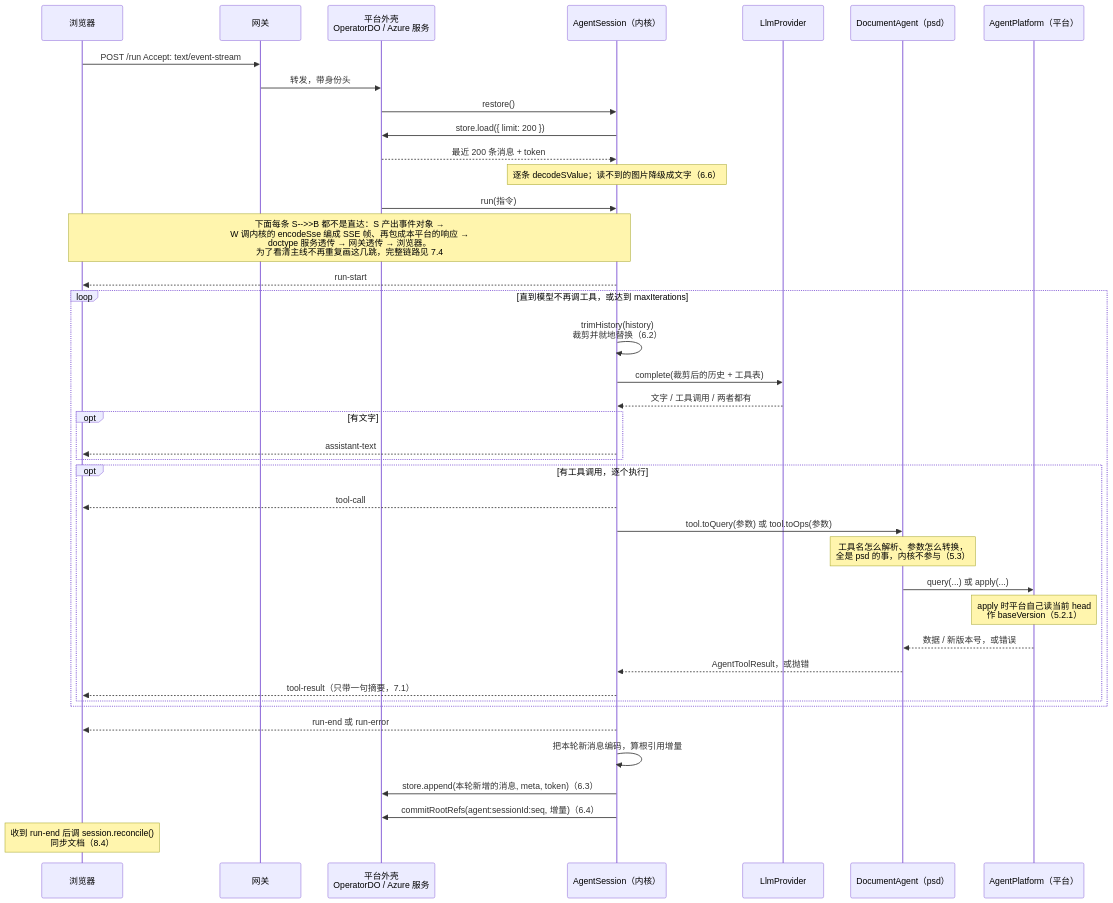
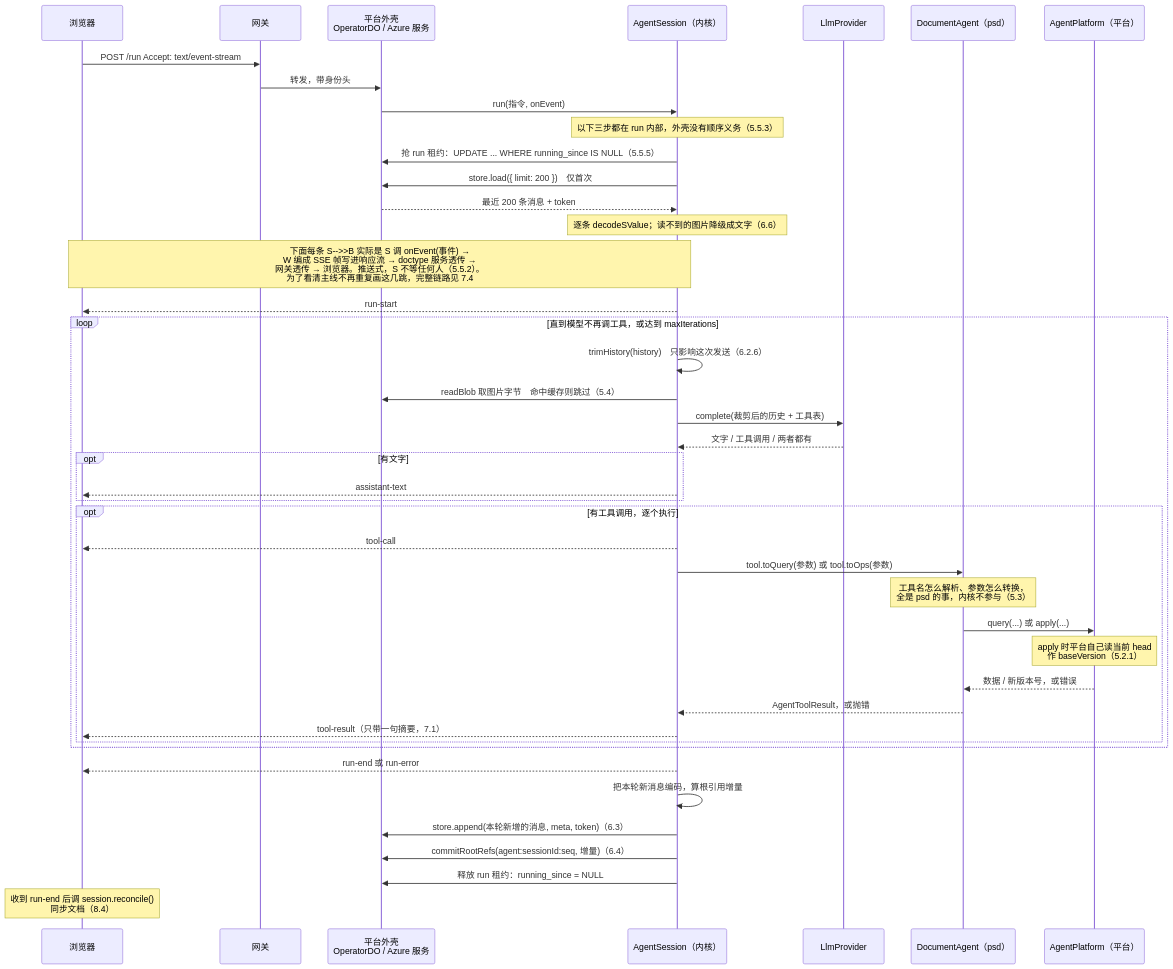
Before and after one commit to shazhou-ww/unidocs: diagram 13 of 17 in docs/superpowers/specs/2026-08-26-agent-sdk-design.md, drawn with Mermaid. The commit also changed other lines of this file, not shown here.

````diff
--- a/docs/superpowers/specs/2026-08-26-agent-sdk-design.md
+++ b/docs/superpowers/specs/2026-08-26-agent-sdk-design.md
@@ -1209,51 +1351,53 @@
 ```mermaid
 sequenceDiagram
     participant B as 浏览器
     participant G as 网关
     participant W as 平台外壳<br/>OperatorDO / Azure 服务
     participant S as AgentSession（内核）
     participant L as LlmProvider
     participant A as DocumentAgent（psd）
     participant C as AgentPlatform（平台）
 
     B->>G: POST /run  Accept: text/event-stream
     G->>W: 转发，带身份头
 
-    W->>S: restore()
-    S->>W: store.load({ limit: 200 })
+    W->>S: run(指令, onEvent)
+    Note over S: 以下三步都在 run 内部，外壳没有顺序义务（5.5.3）
+    S->>W: 抢 run 租约：UPDATE ... WHERE running_since IS NULL（5.5.5）
+    S->>W: store.load({ limit: 200 })　仅首次
     W-->>S: 最近 200 条消息 + token
     Note over S: 逐条 decodeSValue；读不到的图片降级成文字（6.6）
 
-    W->>S: run(指令)
-
-    Note over S,B: 下面每条 S-->>B 都不是直达：S 产出事件对象 →<br/>W 调内核的 encodeSse 编成 SSE 帧、再包成本平台的响应 →<br/>doctype 服务透传 → 网关透传 → 浏览器。<br/>为了看清主线不再重复画这几跳，完整链路见 7.4
+    Note over S,B: 下面每条 S-->>B 实际是 S 调 onEvent(事件) →<br/>W 编成 SSE 帧写进响应流 → doctype 服务透传 →<br/>网关透传 → 浏览器。推送式，S 不等任何人（5.5.2）。<br/>为了看清主线不再重复画这几跳，完整链路见 7.4
     S-->>B: run-start
 
     loop 直到模型不再调工具，或达到 maxIterations
-        S->>S: trimHistory(history)<br/>裁剪并就地替换（6.2）
+        S->>S: trimHistory(history)　只影响这次发送（6.2.6）
+        S->>W: readBlob 取图片字节　命中缓存则跳过（5.4）
         S->>L: complete(裁剪后的历史 + 工具表)
         L-->>S: 文字 / 工具调用 / 两者都有
 
         opt 有文字
             S-->>B: assistant-text
         end
 
         opt 有工具调用，逐个执行
             S-->>B: tool-call
             S->>A: tool.toQuery(参数) 或 tool.toOps(参数)
             Note over A: 工具名怎么解析、参数怎么转换，<br/>全是 psd 的事，内核不参与（5.3）
             A->>C: query(...) 或 apply(...)
             Note over C: apply 时平台自己读当前 head<br/>作 baseVersion（5.2.1）
             C-->>A: 数据 / 新版本号，或错误
             A-->>S: AgentToolResult，或抛错
             S-->>B: tool-result（只带一句摘要，7.1）
         end
     end
 
     S-->>B: run-end 或 run-error
 
     S->>S: 把本轮新消息编码，算根引用增量
     S->>W: store.append(本轮新增的消息, meta, token)（6.3）
     S->>W: commitRootRefs(agent:sessionId:seq, 增量)（6.4）
+    S->>W: 释放 run 租约：running_since = NULL
     Note over B: 收到 run-end 后调 session.reconcile()<br/>同步文档（8.4）
 ```
````
